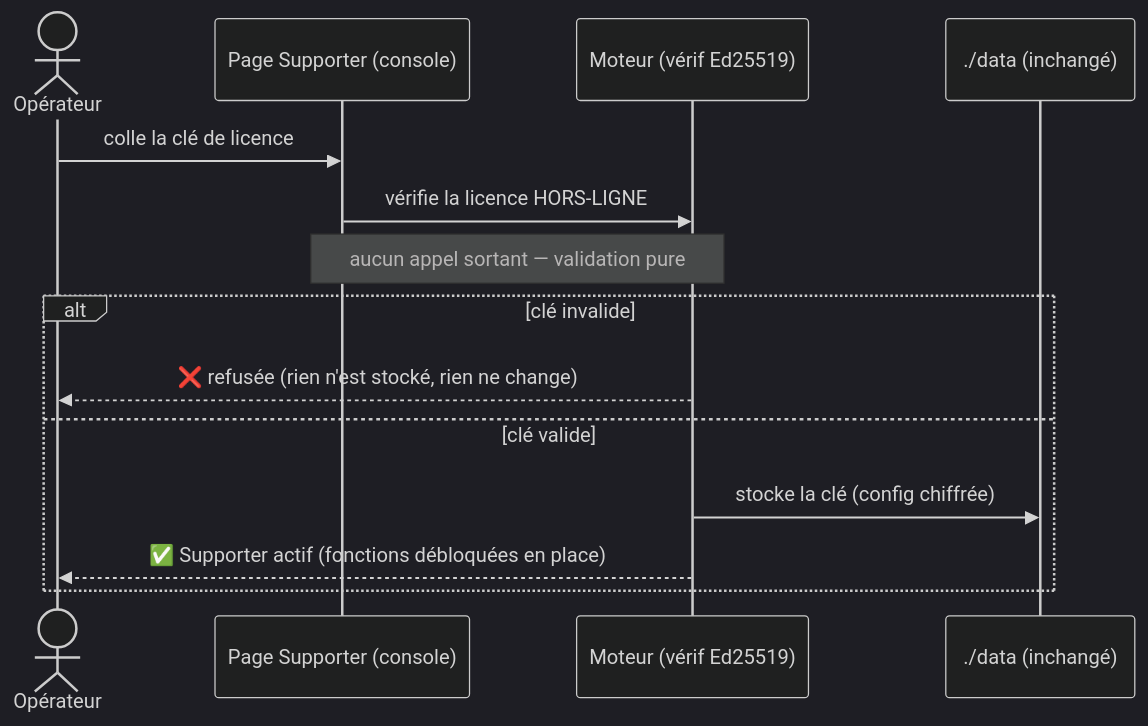
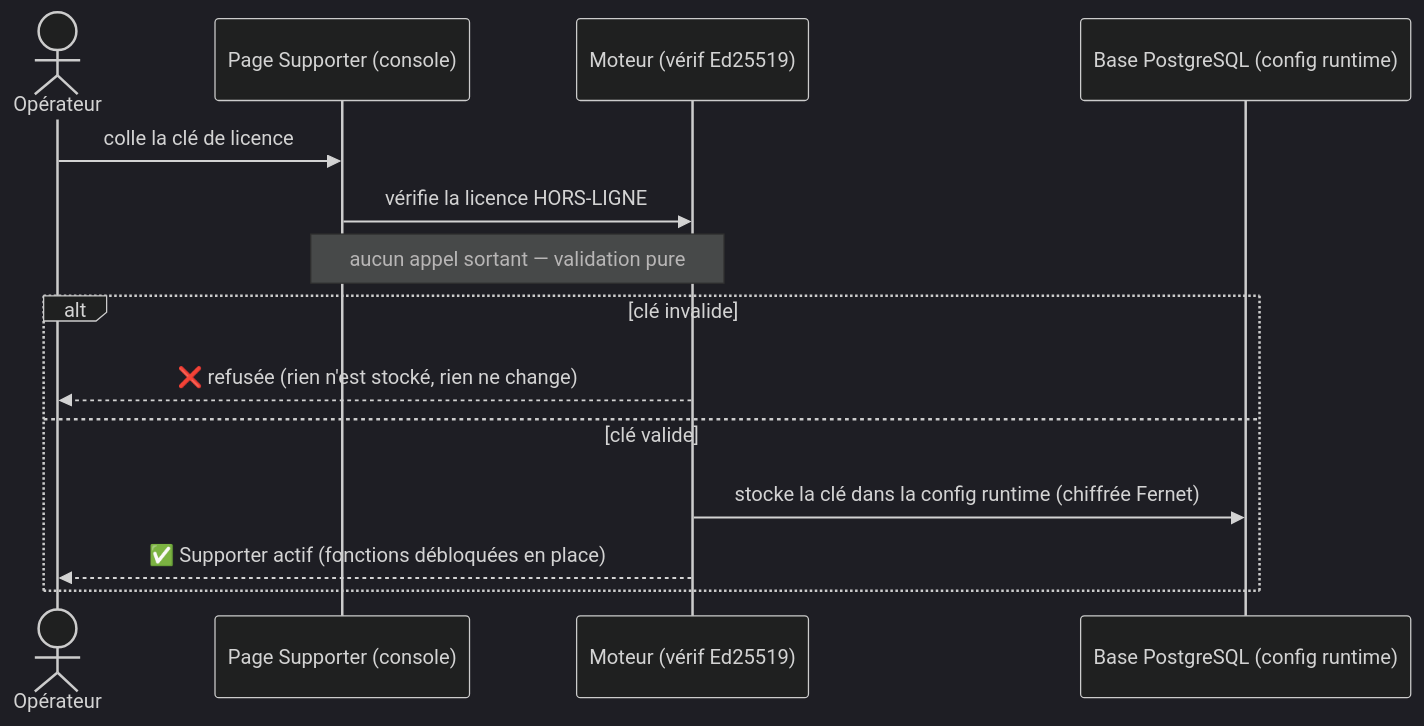
The sixth of 7 diagrams in docs/guide-fonctionnement.md (WicaebethTheo/itsm-modern-ai), drawn with Mermaid (dark theme) before and after one commit. The commit also changed other lines of this file and 181 other files, not shown here.

````diff
--- a/docs/guide-fonctionnement.md
+++ b/docs/guide-fonctionnement.md
@@ -212,17 +268,17 @@
 ```mermaid
 sequenceDiagram
     actor Op as Opérateur
     participant UI as Page Supporter (console)
     participant Eng as Moteur (vérif Ed25519)
-    participant Data as ./data (inchangé)
+    participant DB as Base PostgreSQL (config runtime)
 
     Op->>UI: colle la clé de licence
     UI->>Eng: vérifie la licence HORS-LIGNE
     Note over UI,Eng: aucun appel sortant — validation pure
     alt clé invalide
         Eng-->>Op: ❌ refusée (rien n'est stocké, rien ne change)
     else clé valide
-        Eng->>Data: stocke la clé (config chiffrée)
+        Eng->>DB: stocke la clé dans la config runtime (chiffrée Fernet)
         Eng-->>Op: ✅ Supporter actif (fonctions débloquées en place)
     end
 ```
````
